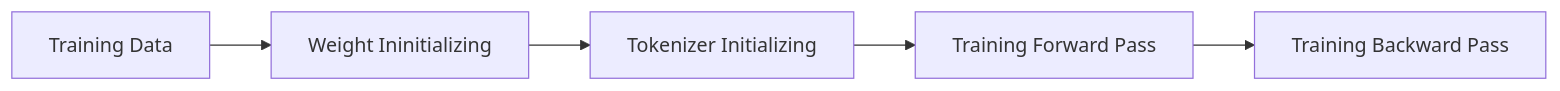
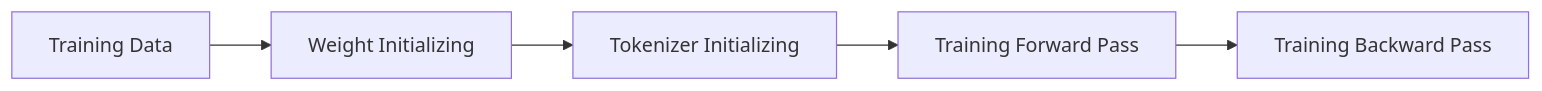
The first of 2 diagrams in README.md (ChrisZhu2050/chriszhu2050.github.io), drawn with Mermaid before and after one commit. The commit also changed other lines of this file, not shown here.

````diff
--- a/README.md
+++ b/README.md
@@ -14,5 +14,5 @@
 ```mermaid
 
 graph LR
-    A[Training Data] --> B[Weight Ininitializing] --> C[Tokenizer Initializing] --> D[Training Forward Pass] --> E[Training Backward Pass]
-```
+    A[Training Data] --> B[Weight Initializing] --> C[Tokenizer Initializing] --> D[Training Forward Pass] --> E[Training Backward Pass]
+```  
````
